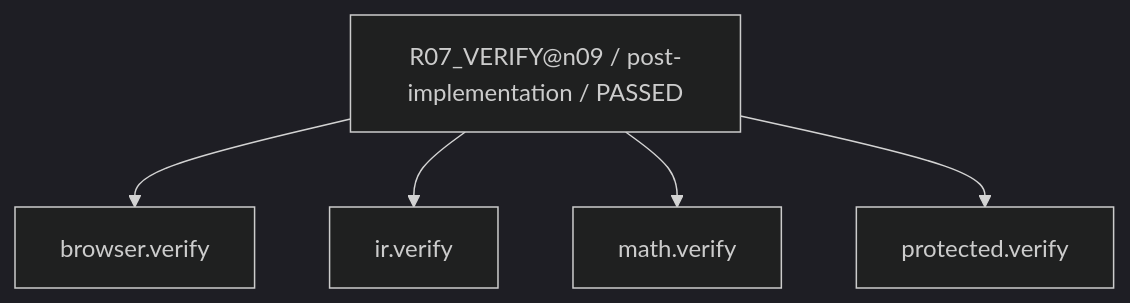
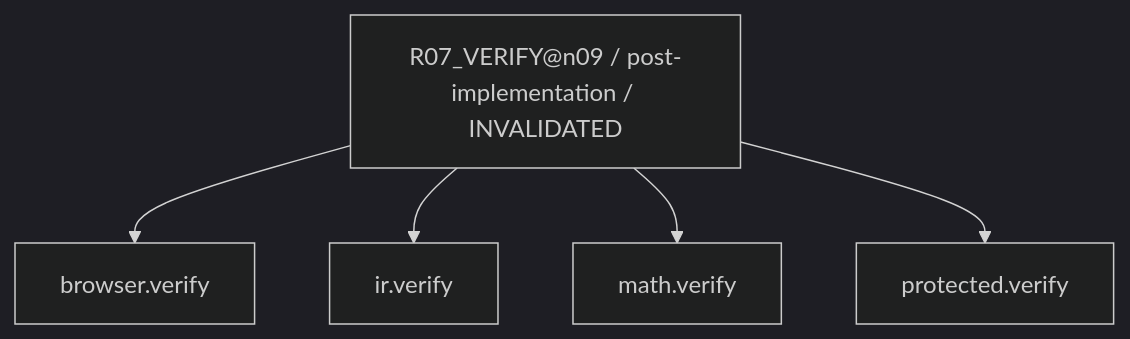
Before and after one commit to rrikunagasige-dot/kyotsu-step-web: the ninth of 30 diagrams in work/items/W-MATH-034-n09-n10-guided-design/generated/CAPABILITY_FIRE_DIAGRAM.md, drawn with Mermaid (dark theme). The commit also changed other lines of this file and 266 other files, not shown here.

````diff
--- a/work/items/W-MATH-034-n09-n10-guided-design/generated/CAPABILITY_FIRE_DIAGRAM.md
+++ b/work/items/W-MATH-034-n09-n10-guided-design/generated/CAPABILITY_FIRE_DIAGRAM.md
@@ -141,12 +141,12 @@
 ```mermaid
 flowchart TD
-  N0["R07_VERIFY@n09 / post-implementation / PASSED"]
+  N0["R07_VERIFY@n09 / post-implementation / INVALIDATED"]
   N1["math.verify"]
   N2["ir.verify"]
   N3["browser.verify"]
   N4["protected.verify"]
   N0 --> N3
   N0 --> N2
   N0 --> N1
   N0 --> N4
 ```
````
